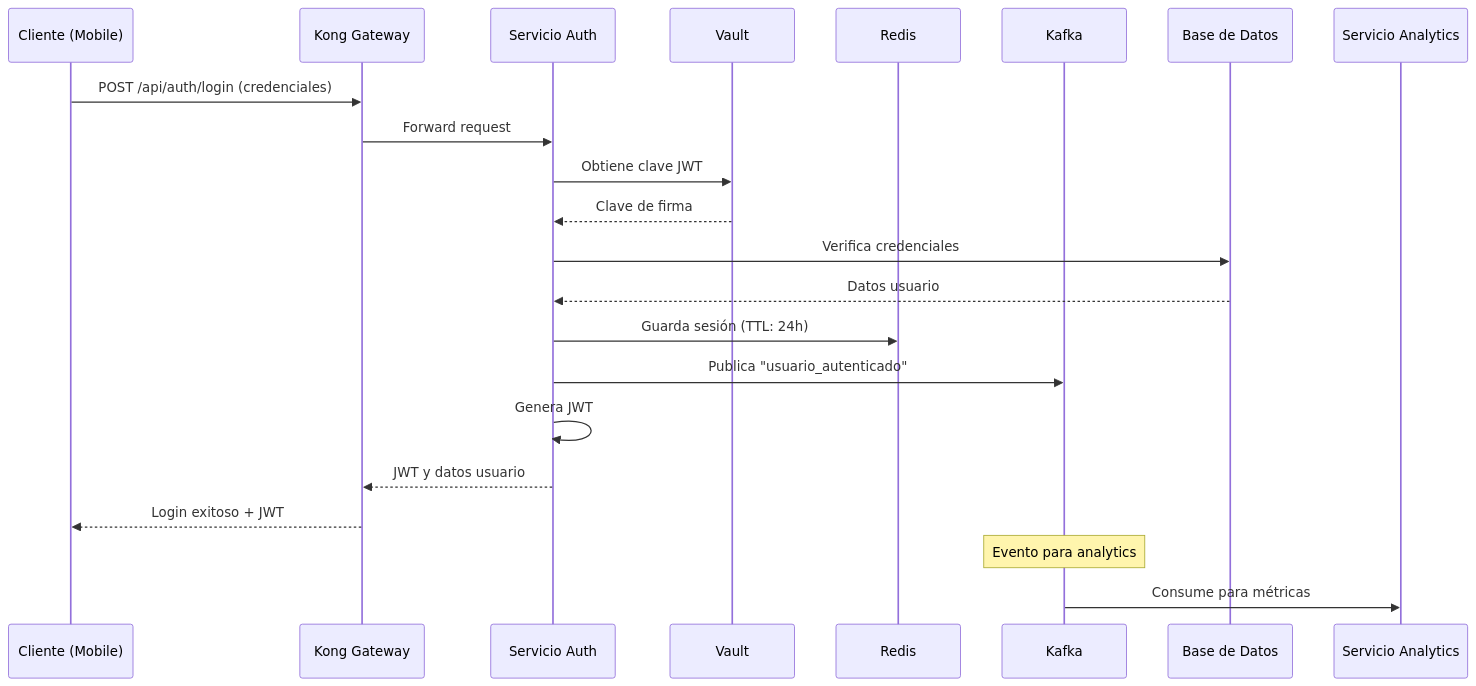
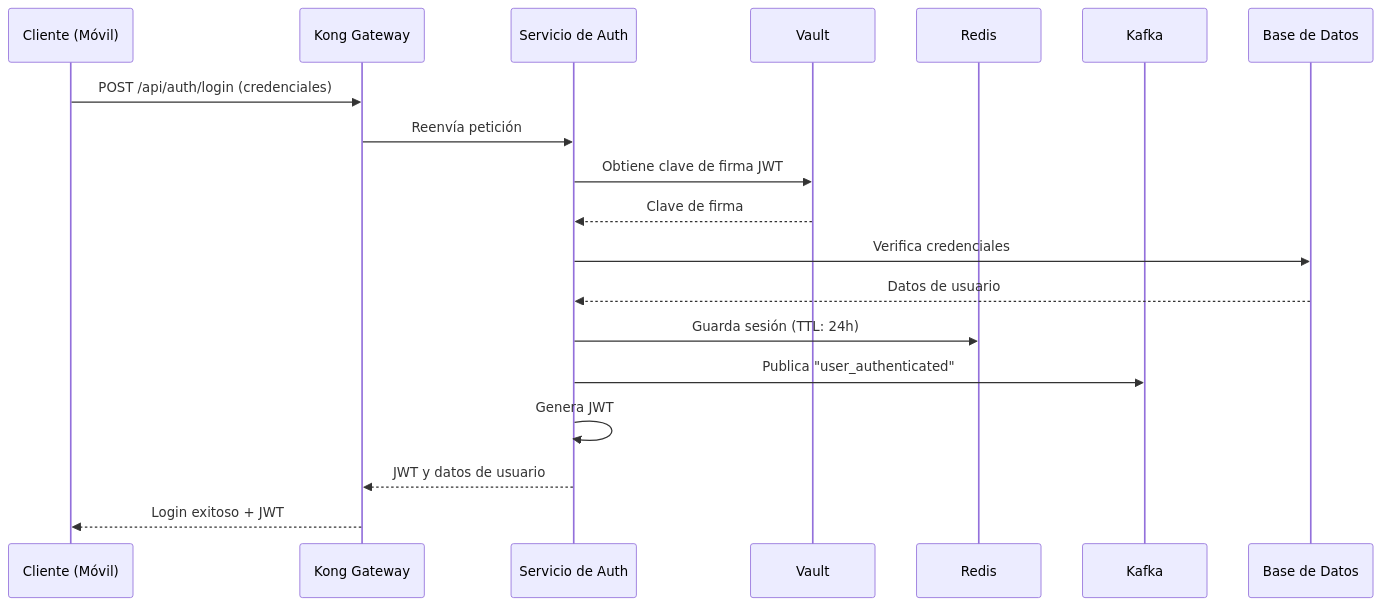
One commit to Santiago1010/dev-container changed the second of 4 diagrams in README.es.md. Above: the diagram before and after it, drawn with Mermaid. The commit also changed other lines of this file and 3 other files, not shown here.

````diff
--- a/README.es.md
+++ b/README.es.md
@@ -207,25 +249,22 @@
 ```mermaid
 sequenceDiagram
-    participant C as Cliente (Mobile)
+    participant C as Cliente (Móvil)
     participant K as Kong Gateway
-    participant A as Servicio Auth
+    participant A as Servicio de Auth
     participant V as Vault
     participant R as Redis
     participant Ka as Kafka
     participant DB as Base de Datos
 
     C->>K: POST /api/auth/login (credenciales)
-    K->>A: Forward request
-    A->>V: Obtiene clave JWT
+    K->>A: Reenvía petición
+    A->>V: Obtiene clave de firma JWT
     V-->>A: Clave de firma
     A->>DB: Verifica credenciales
-    DB-->>A: Datos usuario
+    DB-->>A: Datos de usuario
     A->>R: Guarda sesión (TTL: 24h)
-    A->>Ka: Publica "usuario_autenticado"
+    A->>Ka: Publica "user_authenticated"
     A->>A: Genera JWT
-    A-->>K: JWT y datos usuario
+    A-->>K: JWT y datos de usuario
     K-->>C: Login exitoso + JWT
-    
-    Note over Ka: Evento para analytics
-    Ka->>Servicio Analytics: Consume para métricas
 ```
````
